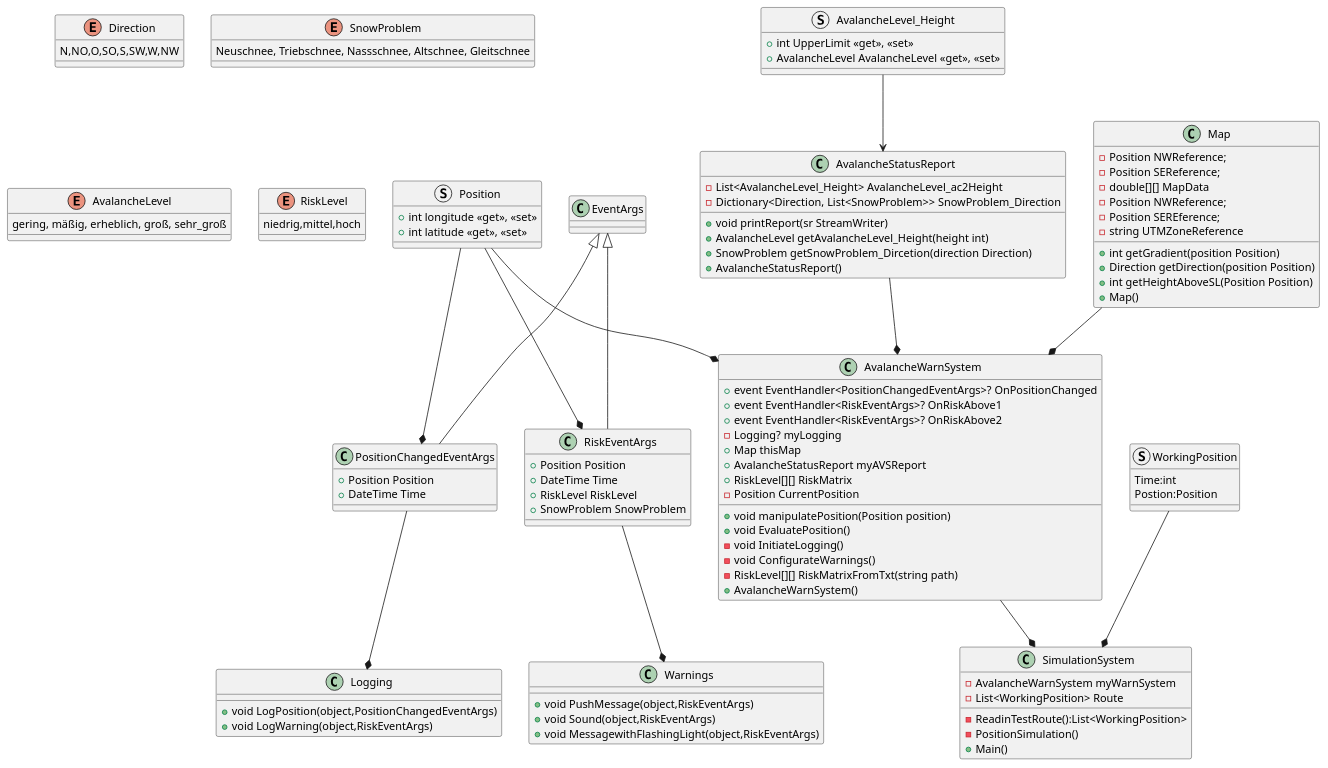
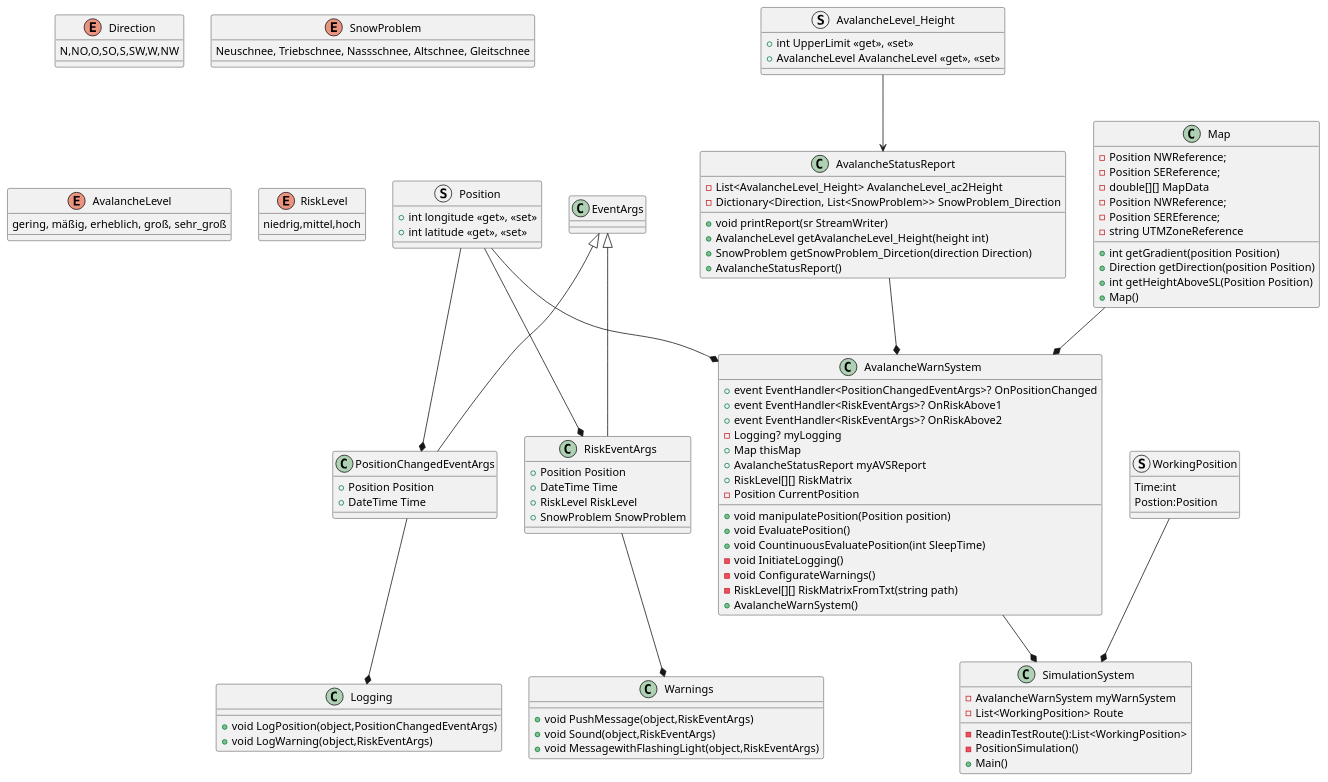
Before and after one commit to ganz-anders/poorgrammar: the diagram in ClassDiagram.puml, drawn with PlantUML. The commit also changed 1 other file, not shown here.

Commit message:
new Method for continuous Position Evaluation (AvalancheWarnSystem.ContinousEvaluatePosition())

```diff
--- a/ClassDiagram.puml
+++ b/ClassDiagram.puml
@@ -1,130 +1,131 @@
 @startuml ClassDiagram
 enum Direction
 {
     N,NO,O,SO,S,SW,W,NW
 }
 
 enum SnowProblem
 {
     Neuschnee, Triebschnee, Nassschnee, Altschnee, Gleitschnee
 }
 
 enum AvalancheLevel
 {
     gering, mäßig, erheblich, groß, sehr_groß
 }
 
 enum RiskLevel
 {
     niedrig,mittel,hoch
 }
 
 struct Position
 {
     + int longitude <<get>>, <<set>>
     + int latitude <<get>>, <<set>>
 }
 
 struct AvalancheLevel_Height
 {
     + int UpperLimit <<get>>, <<set>>
     + AvalancheLevel AvalancheLevel <<get>>, <<set>>
 }
 
 class AvalancheStatusReport
 {
     - List<AvalancheLevel_Height> AvalancheLevel_ac2Height
     - Dictionary<Direction, List<SnowProblem>> SnowProblem_Direction
     + void printReport(sr StreamWriter)
     + AvalancheLevel getAvalancheLevel_Height(height int)
     + SnowProblem getSnowProblem_Dircetion(direction Direction)
     + AvalancheStatusReport()
 }
 
 class Map
 {
     - Position NWReference;
     - Position SEReference;
     - double[][] MapData
     - Position NWReference;
     - Position SEREference;
     - string UTMZoneReference
     + int getGradient(position Position)
     + Direction getDirection(position Position)
     + int getHeightAboveSL(Position Position)
     + Map()
 }
 
 class Warnings
 {
     + void PushMessage(object,RiskEventArgs)
     + void Sound(object,RiskEventArgs)
     + void MessagewithFlashingLight(object,RiskEventArgs)
 }
 
 class Logging
 {
     + void LogPosition(object,PositionChangedEventArgs)
     + void LogWarning(object,RiskEventArgs)
 }
 
 class PositionChangedEventArgs
 {
     + Position Position
     + DateTime Time
 }
 
 class RiskEventArgs
 {
     + Position Position
     + DateTime Time
     + RiskLevel RiskLevel
     + SnowProblem SnowProblem
 }
 
 class AvalancheWarnSystem
 {
     + event EventHandler<PositionChangedEventArgs>? OnPositionChanged
     + event EventHandler<RiskEventArgs>? OnRiskAbove1
     + event EventHandler<RiskEventArgs>? OnRiskAbove2
     - Logging? myLogging
     + Map thisMap
     + AvalancheStatusReport myAVSReport
     + RiskLevel[][] RiskMatrix
     - Position CurrentPosition 
     + void manipulatePosition(Position position)
     + void EvaluatePosition()
+    + void CountinuousEvaluatePosition(int SleepTime)
     - void InitiateLogging()
     - void ConfigurateWarnings()
     - RiskLevel[][] RiskMatrixFromTxt(string path)
     + AvalancheWarnSystem()
 }
 
 struct WorkingPosition
 {
     Time:int
     Postion:Position    
 }
 class SimulationSystem
 {
     - AvalancheWarnSystem myWarnSystem
     - List<WorkingPosition> Route
     - ReadinTestRoute():List<WorkingPosition>
     - PositionSimulation()
     + Main()
 }
 
 RiskEventArgs --* Warnings
 PositionChangedEventArgs --* Logging
 EventArgs <|-- RiskEventArgs
 EventArgs <|-- PositionChangedEventArgs
 AvalancheLevel_Height --> AvalancheStatusReport
 Position --* RiskEventArgs
 Position --* PositionChangedEventArgs
 Position --* AvalancheWarnSystem
 AvalancheStatusReport --* AvalancheWarnSystem
 Map --* AvalancheWarnSystem
 AvalancheWarnSystem --* SimulationSystem
 WorkingPosition --* SimulationSystem
 
 @enduml
```
